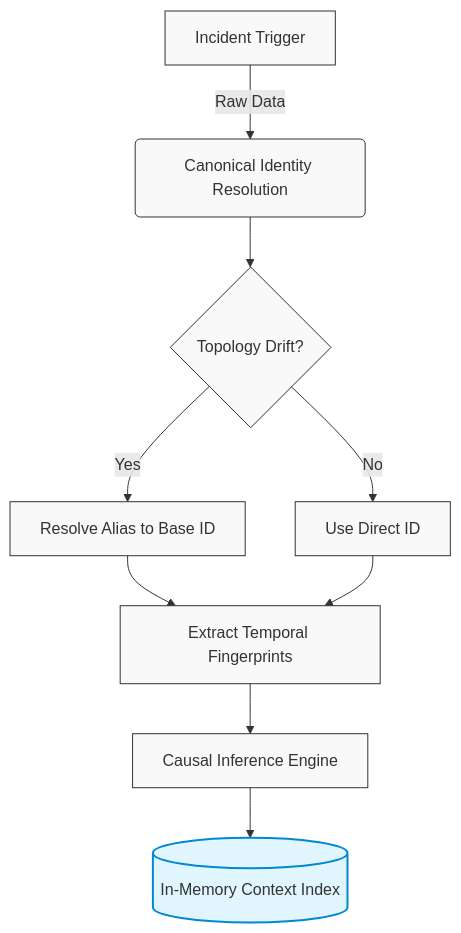
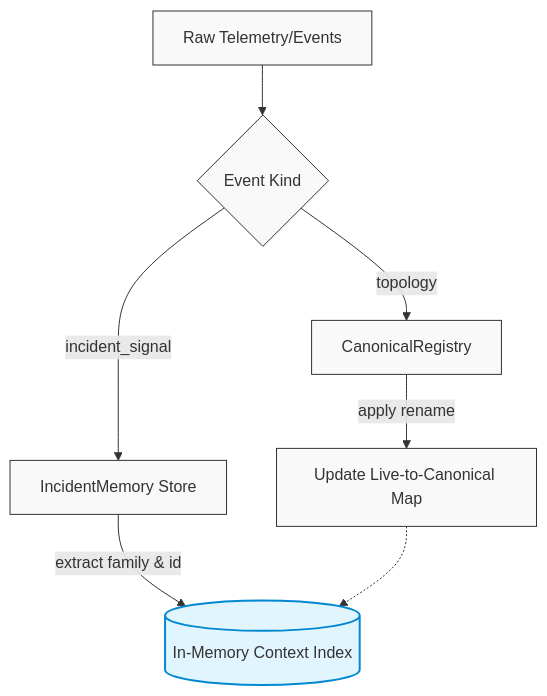
The first of 2 diagrams in README.md (chirag-433/IpsumLoerm_Engram), drawn with Mermaid before and after one commit. The commit also changed other lines of this file, not shown here.

````diff
--- a/README.md
+++ b/README.md
@@ -27,15 +33,14 @@
 ```mermaid
 graph TD
-    A[Incident Trigger] -->|Raw Data| B(Canonical Identity Resolution)
-    B --> C{Topology Drift?}
-    C -->|Yes| D[Resolve Alias to Base ID]
-    C -->|No| E[Use Direct ID]
-    D --> F[Extract Temporal Fingerprints]
-    E --> F
-    F --> G[Causal Inference Engine]
-    G --> H[(In-Memory Context Index)]
+    A[Raw Telemetry/Events] --> B{Event Kind}
+    B -->|topology| C[CanonicalRegistry]
+    B -->|incident_signal| D[IncidentMemory Store]
+    
+    C -->|apply rename| E[Update Live-to-Canonical Map]
+    D -->|extract family & id| F[(In-Memory Context Index)]
+    E -.-> F
     
     classDef default fill:#f9f9f9,stroke:#333,stroke-width:1px;
     classDef database fill:#e1f5fe,stroke:#0288d1,stroke-width:2px;
-    class H database;
+    class F database;
 ```
````
